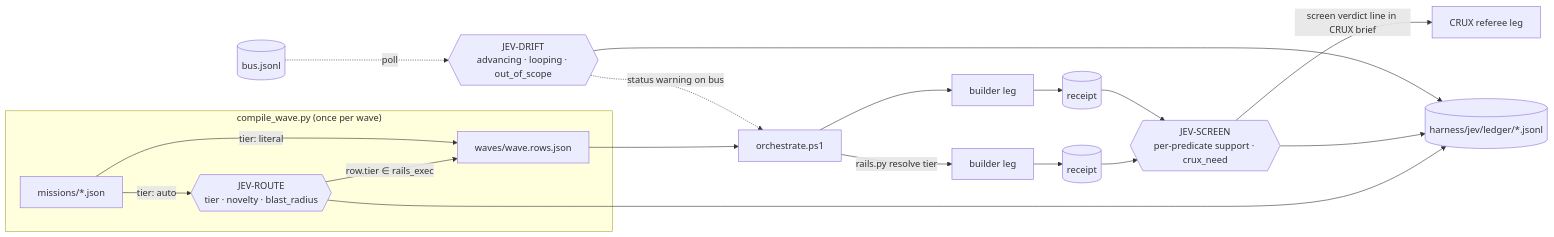
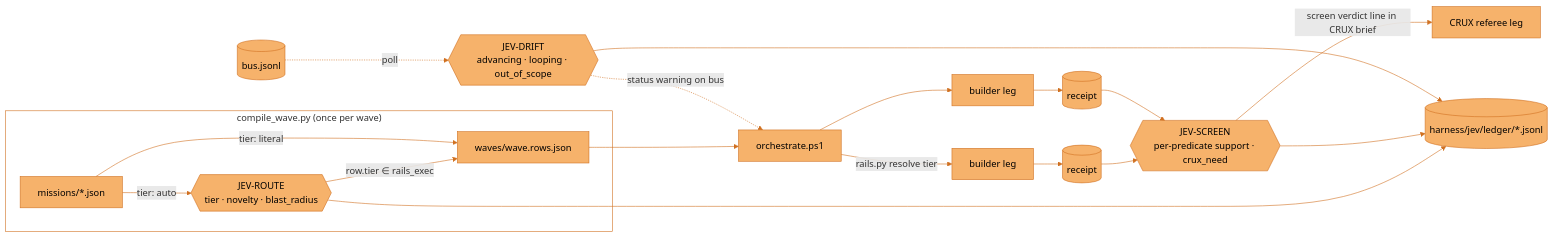
One commit to JosephOIbrahim/Synapse changed the diagram in harness/battleplan/notes/JEV_BLUEPRINT.md. Above: the diagram before and after it, drawn with Mermaid. The commit also changed 9 other files, not shown here.

````diff
--- a/harness/battleplan/notes/JEV_BLUEPRINT.md
+++ b/harness/battleplan/notes/JEV_BLUEPRINT.md
@@ -36,18 +36,21 @@
 ```mermaid
 flowchart LR
     subgraph compile["compile_wave.py (once per wave)"]
         M[missions/*.json] -->|tier: auto| R{{"JEV-ROUTE\ntier · novelty · blast_radius"}}
         R -->|row.tier ∈ rails_exec| ROWS[waves/wave.rows.json]
         M -->|tier: literal| ROWS
     end
     ROWS --> O[orchestrate.ps1]
     O -->|"rails.py resolve tier"| B1[builder leg]
     O --> B2[builder leg]
     B1 --> RC1[(receipt)]
     B2 --> RC2[(receipt)]
     RC1 & RC2 --> S{{"JEV-SCREEN\nper-predicate support · crux_need"}}
     S -->|"screen verdict line in CRUX brief"| CRUX[CRUX referee leg]
     BUS[(bus.jsonl)] -.->|poll| D{{"JEV-DRIFT\nadvancing · looping · out_of_scope"}}
     D -.->|"status warning on bus"| O
     R & S & D --> L[(harness/jev/ledger/*.jsonl)]
+    classDef default fill:#F6B26B,stroke:#D07020,color:#000000
+    linkStyle default stroke:#D07020
+    style compile fill:none,stroke:#D07020
 ```
````
